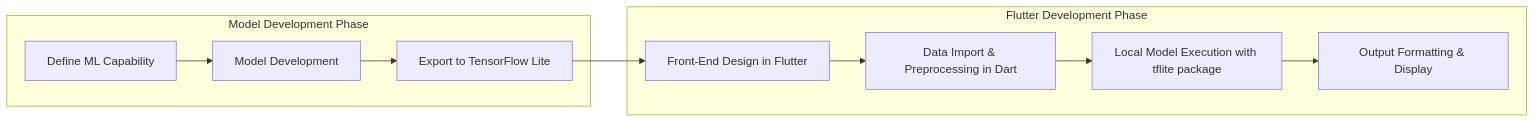
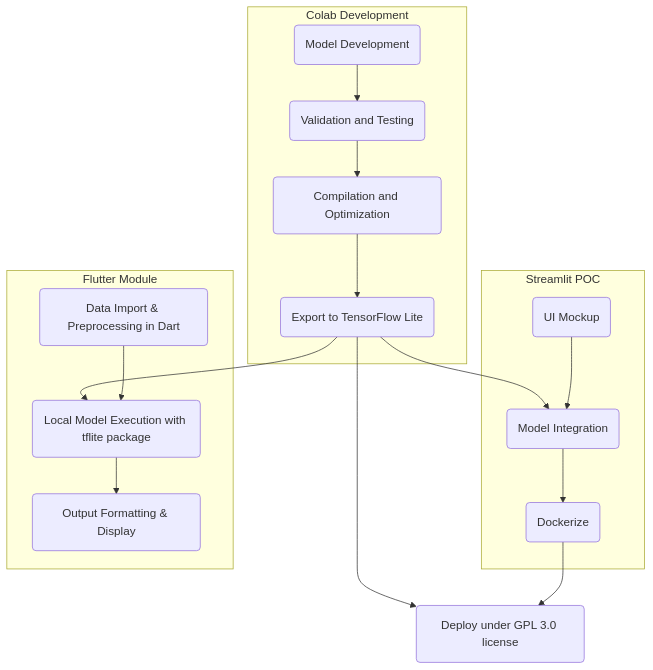
Before and after one commit to MattLScruggs/arclight-site: the diagram in projects.qmd, drawn with Mermaid. The commit also changed other lines of this file and 8 other files, not shown here.

````diff
--- a/projects.qmd
+++ b/projects.qmd
@@ -69,21 +53,38 @@
 ```{mermaid}
 %%| echo: false
 ---
 config:
   theme: default
   look: classic
   layout: dagre
 ---
-flowchart LR
-    subgraph Model Development Phase
-        A["Define ML Capability"] --> B["Model Development"]
-        B --> C["Export to TensorFlow Lite"]
+flowchart TD
+    subgraph Colab Development
+        A("Model Development")
+        B("Validation and Testing")
+        C("Compilation and Optimization")
+        D("Export to TensorFlow Lite")
     end
-    
-    subgraph Flutter Development Phase
-        D["Front-End Design in Flutter"] --> E["Data Import & Preprocessing in Dart"]
-        E --> F["Local Model Execution with tflite package"]
-        F --> G["Output Formatting & Display"]
+    E("Deploy under GPL 3.0 license")
+    subgraph Streamlit POC
+        F("UI Mockup")
+        G("Model Integration")
+        H("Dockerize")
     end
+    subgraph Flutter Module
+        I("Data Import & Preprocessing in Dart")
+        J("Local Model Execution with tflite package")
+        K("Output Formatting & Display")
+    end
+    A --> B
+    B --> C
     C --> D
+    D --> E
+    D --> G
+    F --> G
+    G --> H
+    H --> E
+    D --> J
+    I --> J
+    J --> K
 ```
````
